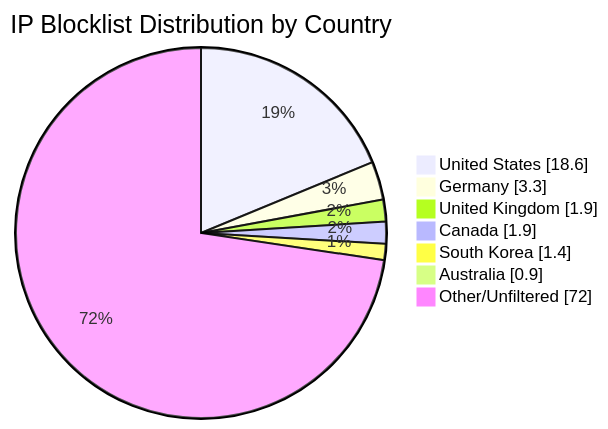
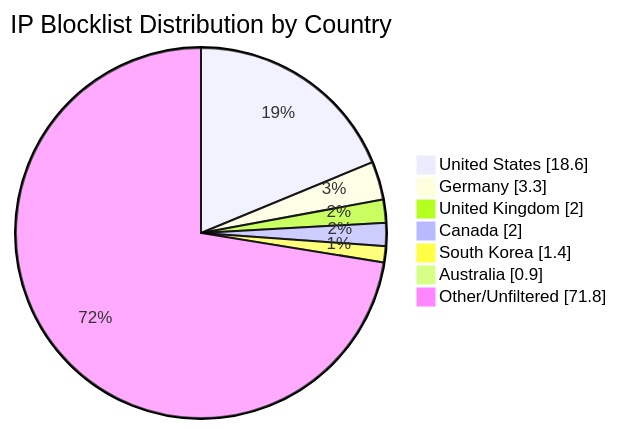
Before and after one commit to MarcusHoltz/ipblocklist-geofiltered-aggregator: the diagram in README.md, drawn with Mermaid. The commit also changed other lines of this file and 9 other files, not shown here.

````diff
--- a/README.md
+++ b/README.md
@@ -34,10 +34,10 @@
 ```mermaid
 pie showData title IP Blocklist Distribution by Country
 "United States" : 18.6
 "Germany" : 3.3
-"United Kingdom" : 1.9
-"Canada" : 1.9
+"United Kingdom" : 2.0
+"Canada" : 2.0
 "South Korea" : 1.4
 "Australia" : 0.9
-"Other/Unfiltered" : 72.0
+"Other/Unfiltered" : 71.8
 ```
````
